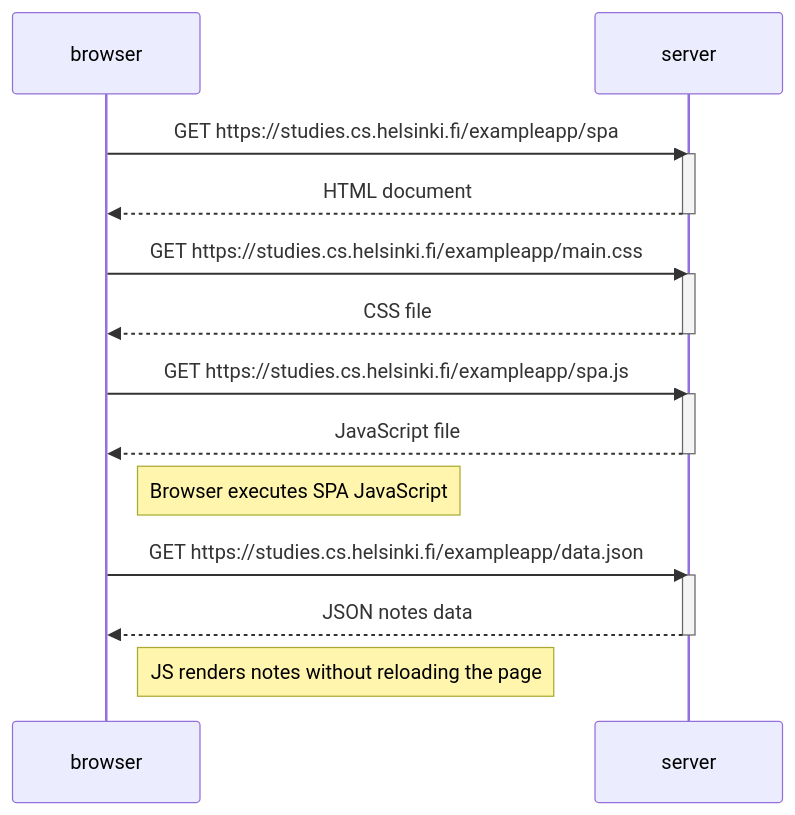
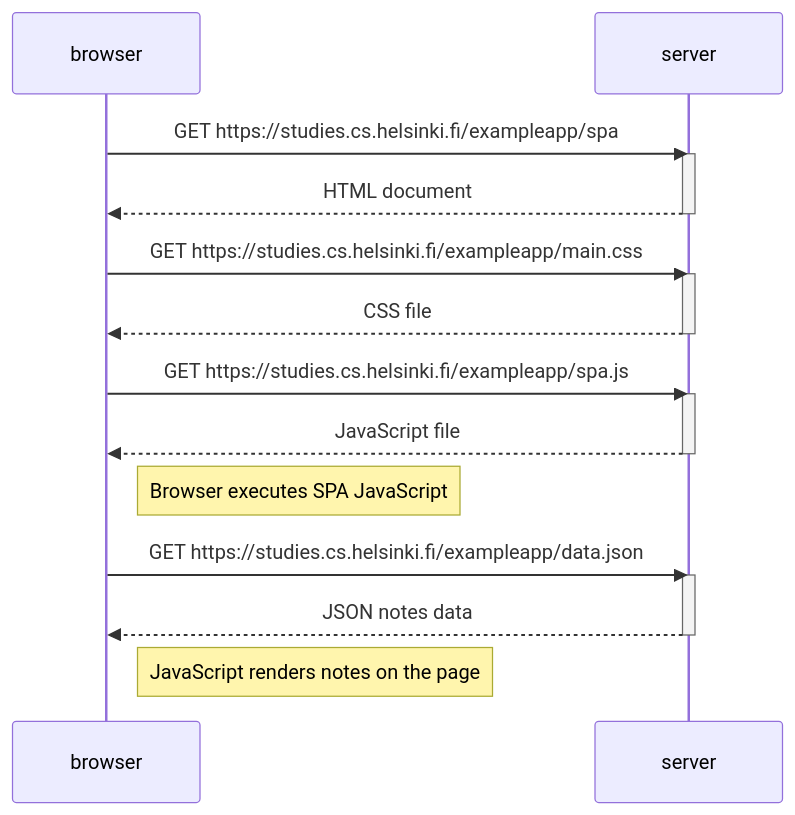
Before and after one commit to mai103/Full-Stack-open: the diagram in Ex-5: Single page app diagram.md, drawn with Mermaid.

Commit message:
Update Ex-5: Single page app diagram.md

````diff
--- a/Ex-5: Single page app diagram.md
+++ b/Ex-5: Single page app diagram.md
@@ -1,29 +1,29 @@
 ```mermaid
 sequenceDiagram
     participant browser
     participant server
 
     browser->>server: GET https://studies.cs.helsinki.fi/exampleapp/spa
     activate server
     server-->>browser: HTML document
     deactivate server
 
     browser->>server: GET https://studies.cs.helsinki.fi/exampleapp/main.css
     activate server
     server-->>browser: CSS file
     deactivate server
 
     browser->>server: GET https://studies.cs.helsinki.fi/exampleapp/spa.js
     activate server
     server-->>browser: JavaScript file
     deactivate server
 
     Note right of browser: Browser executes SPA JavaScript
 
     browser->>server: GET https://studies.cs.helsinki.fi/exampleapp/data.json
     activate server
     server-->>browser: JSON notes data
     deactivate server
 
-    Note right of browser: JS renders notes without reloading the page
+    Note right of browser: JavaScript renders notes on the page
 ```
````
